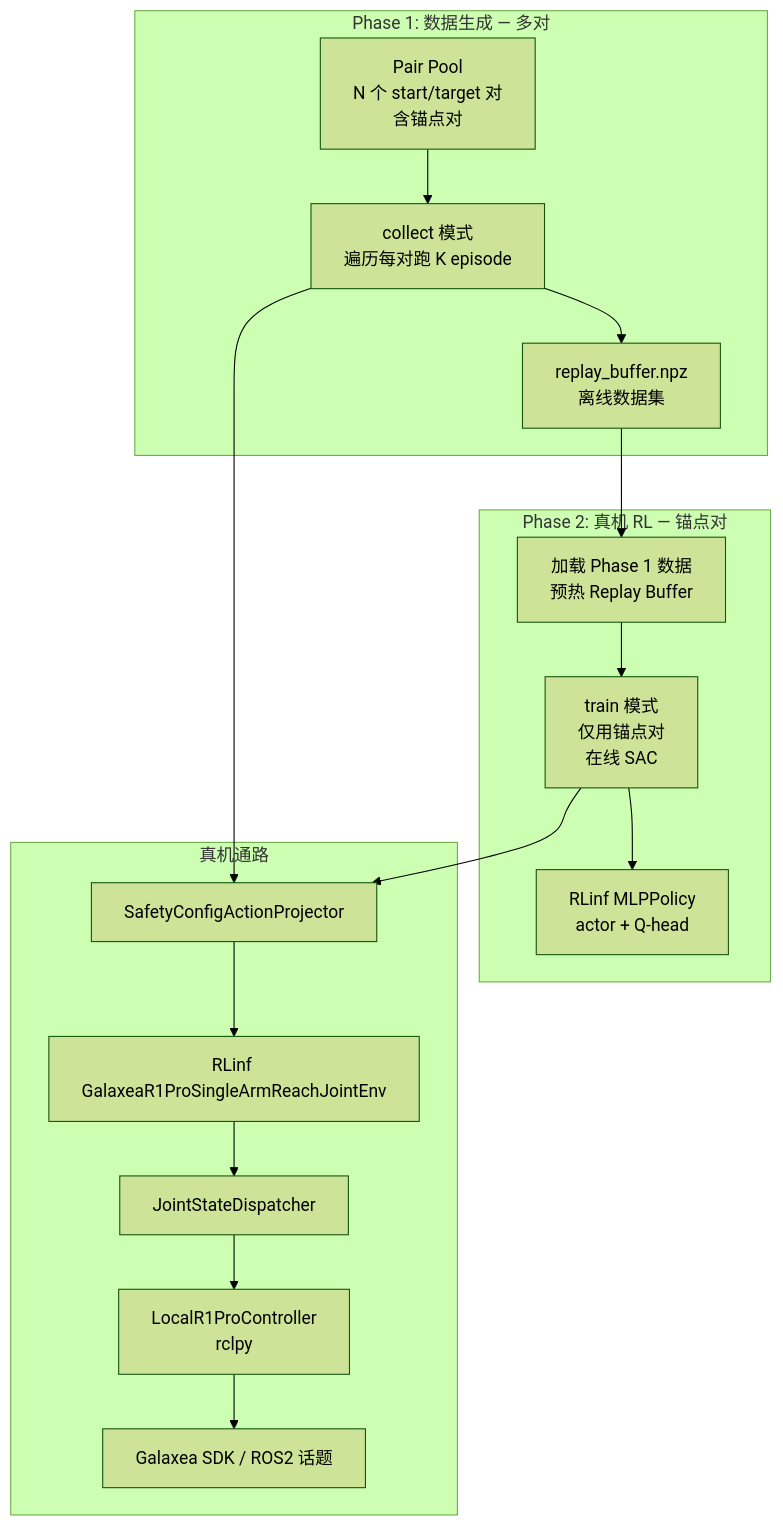
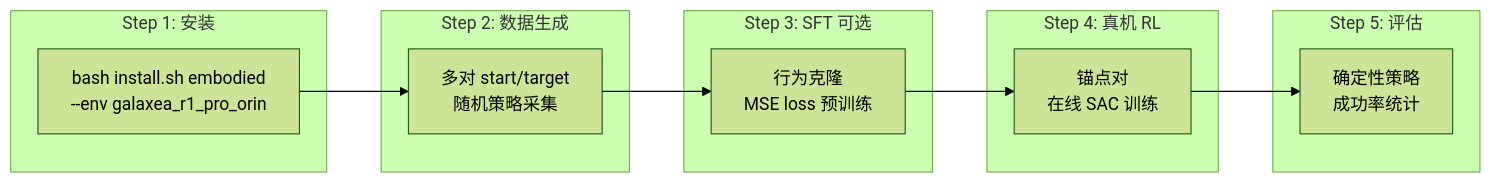
The first of 4 diagrams in bt/docs/rwRL/r1pro6op47_reach_joint3_1.md (Avant-US/RLinf), drawn with Mermaid (forest theme) before and after one commit. The commit also changed other lines of this file, not shown here.

````diff
--- a/bt/docs/rwRL/r1pro6op47_reach_joint3_1.md
+++ b/bt/docs/rwRL/r1pro6op47_reach_joint3_1.md
@@ -101,29 +29,19 @@
 ```mermaid
-flowchart TB
-    subgraph PhaseCollect[Phase 1: 数据生成 — 多对]
-        PairPool[Pair Pool<br/>N 个 start/target 对<br/>含锚点对]
-        CollectRunner[collect 模式<br/>遍历每对跑 K episode]
-        Buffer1[replay_buffer.npz<br/>离线数据集]
-        PairPool --> CollectRunner --> Buffer1
+flowchart LR
+    subgraph Step1[Step 1: 安装]
+        Install[bash install.sh embodied<br/>--env galaxea_r1_pro_orin]
     end
-
-    subgraph PhaseTrain[Phase 2: 真机 RL — 锚点对]
-        LoadBuffer[加载 Phase 1 数据<br/>预热 Replay Buffer]
-        TrainRunner[train 模式<br/>仅用锚点对<br/>在线 SAC]
-        Model[RLinf MLPPolicy<br/>actor + Q-head]
-        Buffer1 --> LoadBuffer --> TrainRunner
-        TrainRunner --> Model
+    subgraph Step2[Step 2: 数据生成]
+        Collect[多对 start/target<br/>随机策略采集]
     end
-
-    subgraph RobotStack[真机通路]
-        Env[RLinf GalaxeaR1ProSingleArmReachJointEnv]
-        Projector[SafetyConfigActionProjector]
-        Dispatcher[JointStateDispatcher]
-        Controller[LocalR1ProController<br/>rclpy]
-        ROS[Galaxea SDK / ROS2 话题]
+    subgraph Step3[Step 3: SFT 可选]
+        SFT[行为克隆<br/>MSE loss 预训练]
     end
-
-    CollectRunner --> Projector --> Env
-    TrainRunner --> Projector
-    Env --> Dispatcher --> Controller --> ROS
+    subgraph Step4[Step 4: 真机 RL]
+        RL[锚点对<br/>在线 SAC 训练]
+    end
+    subgraph Step5[Step 5: 评估]
+        Eval[确定性策略<br/>成功率统计]
+    end
+    Install --> Collect --> SFT --> RL --> Eval
 ```
````
